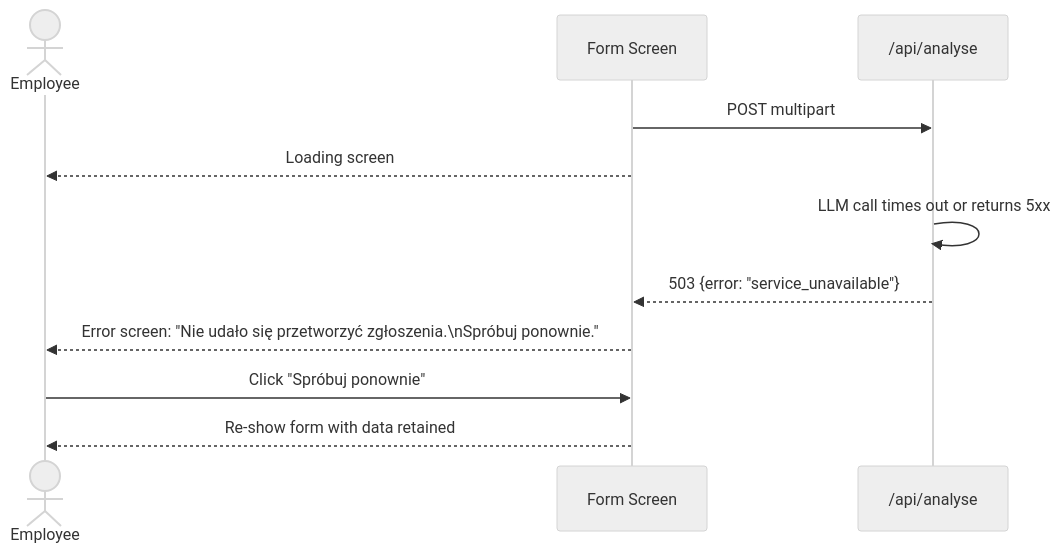
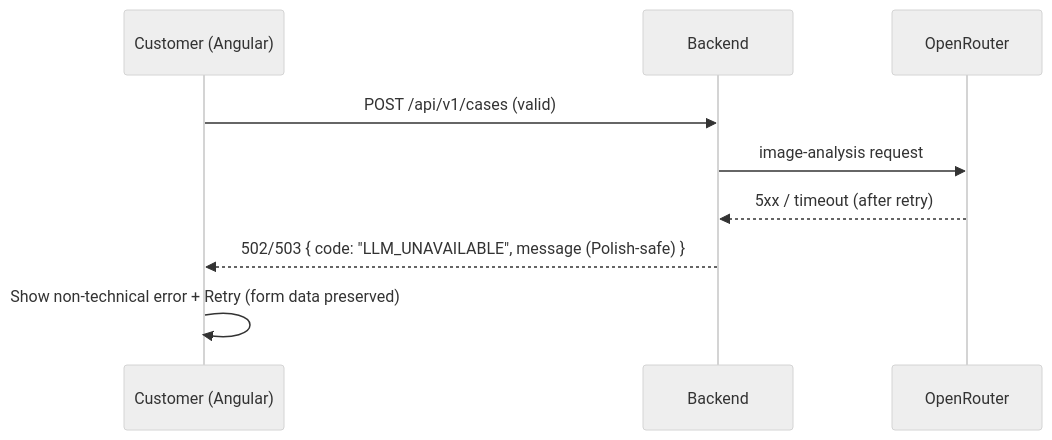
One commit to dabrowski33/AI-Programming-Course-25-06-2026_LAST_02 changed the fifth of 5 diagrams in docs/ADR/000-main-architecture.md. Above: the diagram before and after it, drawn with Mermaid (neutral theme). The commit also changed other lines of this file and 84 other files, not shown here.

````diff
--- a/docs/ADR/000-main-architecture.md
+++ b/docs/ADR/000-main-architecture.md
@@ -403,14 +339,11 @@
 ```mermaid
 sequenceDiagram
-    actor E as Employee
-    participant F as Form Screen
-    participant API as /api/analyse
-
-    F->>API: POST multipart
-    F-->>E: Loading screen
-    API->>API: LLM call times out or returns 5xx
-    API-->>F: 503 {error: "service_unavailable"}
-    F-->>E: Error screen: "Nie udało się przetworzyć zgłoszenia.\nSpróbuj ponownie."
-    E->>F: Click "Spróbuj ponownie"
-    F-->>E: Re-show form with data retained
+    participant U as Customer (Angular)
+    participant B as Backend
+    participant V as OpenRouter
+    U->>B: POST /api/v1/cases (valid)
+    B->>V: image-analysis request
+    V-->>B: 5xx / timeout (after retry)
+    B-->>U: 502/503 { code: "LLM_UNAVAILABLE", message (Polish-safe) }
+    U->>U: Show non-technical error + Retry (form data preserved)
 ```
````
